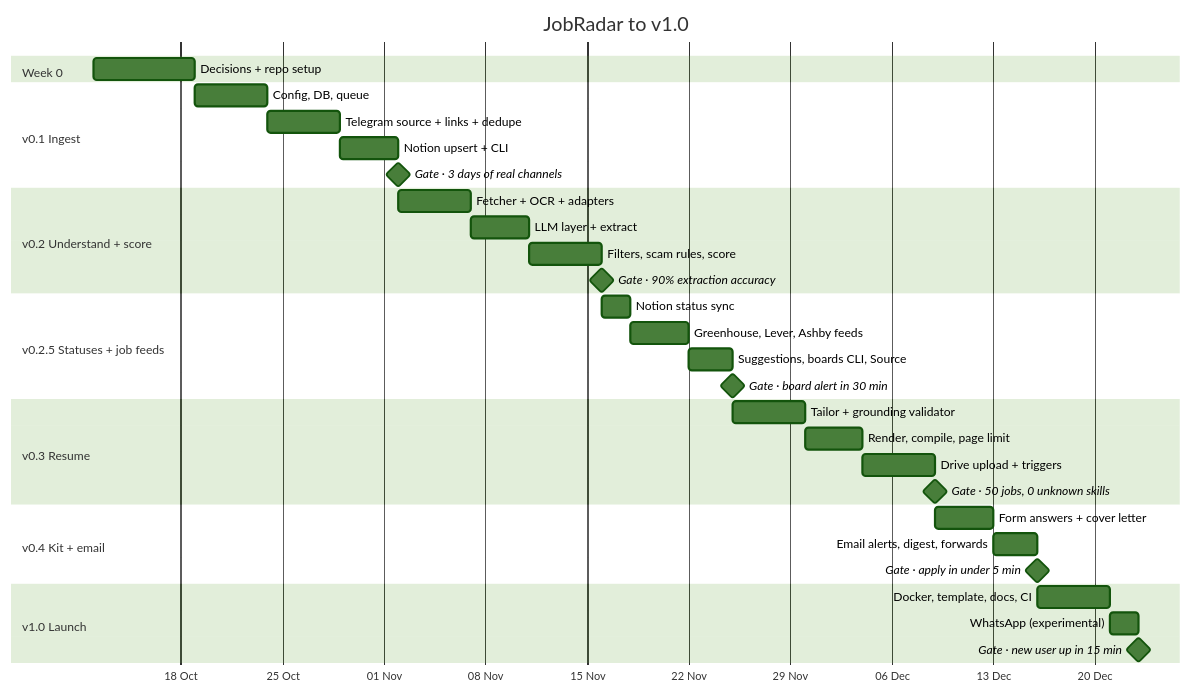
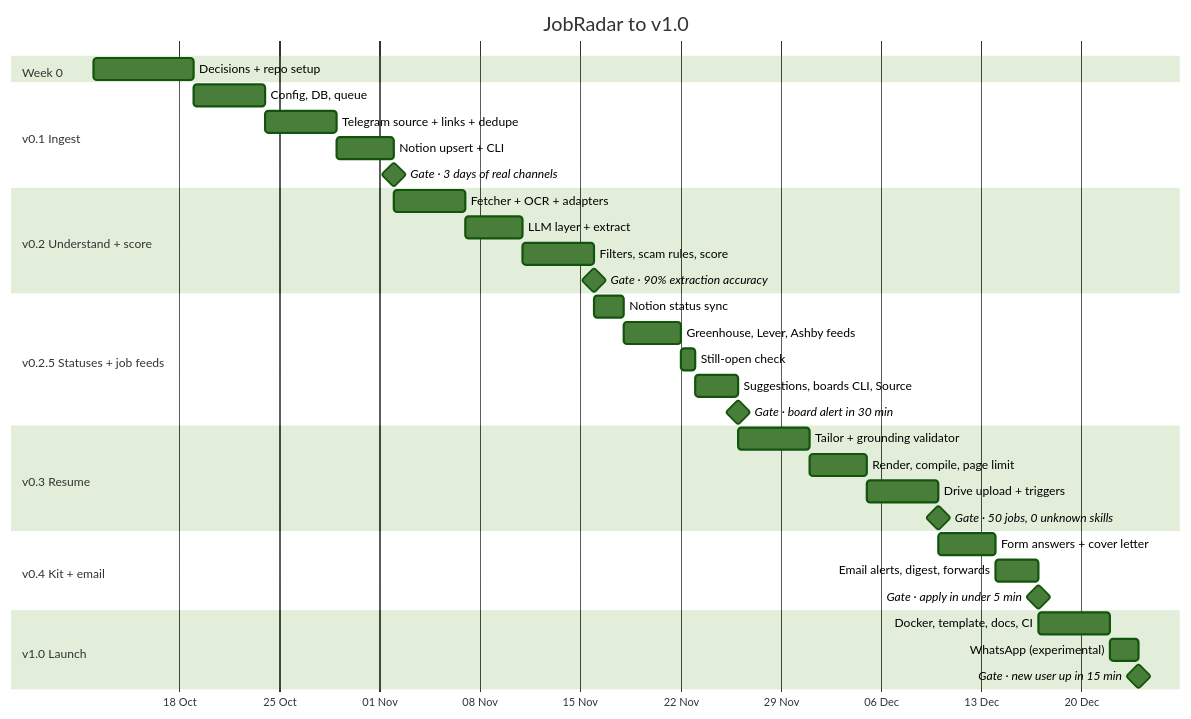
Before and after one commit to ThePlator/JobRadar: the first of 2 diagrams in PLAN.md, drawn with Mermaid (forest theme). The commit also changed other lines of this file, not shown here.

First line of the commit message:
Plan: move the still-open check into v0.2.5 and fix resume triggers

````diff
--- a/PLAN.md
+++ b/PLAN.md
@@ -9,43 +9,44 @@
 ```mermaid
 gantt
     title JobRadar to v1.0
     dateFormat YYYY-MM-DD
     axisFormat %d %b
 
     section Week 0
     Decisions + repo setup           :w0, 2026-10-12, 7d
 
     section v0.1 Ingest
     Config, DB, queue                :a1, after w0, 5d
     Telegram source + links + dedupe :a2, after a1, 5d
     Notion upsert + CLI              :a3, after a2, 4d
     Gate · 3 days of real channels    :milestone, g1, after a3, 0d
 
     section v0.2 Understand + score
     Fetcher + OCR + adapters         :b1, after a3, 5d
     LLM layer + extract              :b2, after b1, 4d
     Filters, scam rules, score       :b3, after b2, 5d
     Gate · 90% extraction accuracy    :milestone, g2, after b3, 0d
 
     section v0.2.5 Statuses + job feeds
     Notion status sync               :f1, after b3, 2d
     Greenhouse, Lever, Ashby feeds   :f2, after f1, 4d
-    Suggestions, boards CLI, Source  :f3, after f2, 3d
+    Still-open check                 :f4, after f2, 1d
+    Suggestions, boards CLI, Source  :f3, after f4, 3d
     Gate · board alert in 30 min      :milestone, gf, after f3, 0d
 
     section v0.3 Resume
     Tailor + grounding validator     :c1, after f3, 5d
     Render, compile, page limit      :c2, after c1, 4d
     Drive upload + triggers          :c3, after c2, 5d
     Gate · 50 jobs, 0 unknown skills  :milestone, g3, after c3, 0d
 
     section v0.4 Kit + email
     Form answers + cover letter      :d1, after c3, 4d
     Email alerts, digest, forwards   :d2, after d1, 3d
     Gate · apply in under 5 min       :milestone, g4, after d2, 0d
 
     section v1.0 Launch
     Docker, template, docs, CI       :e1, after d2, 5d
     WhatsApp (experimental)          :e2, after e1, 2d
     Gate · new user up in 15 min      :milestone, g5, after e2, 0d
 ```
````
